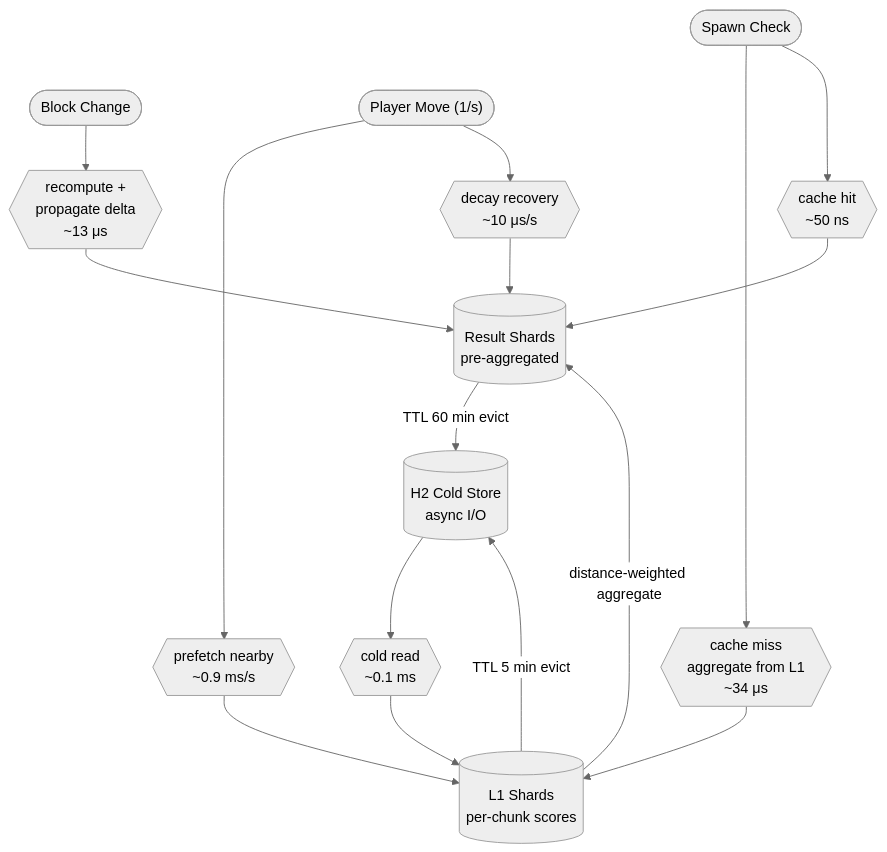
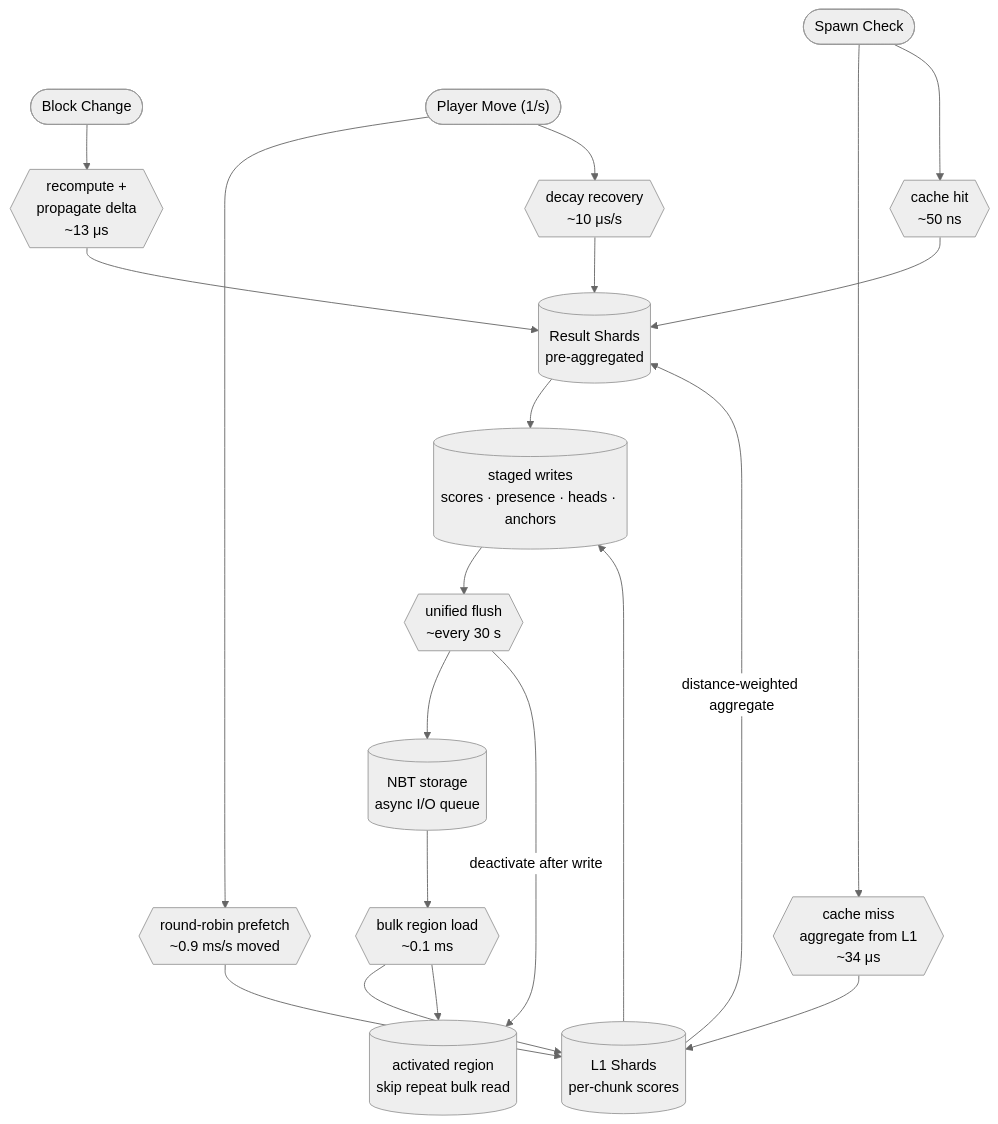
Before and after one commit to MaoxnZ/Civillis: the diagram in docs/technical/performance.md, drawn with Mermaid (neutral theme). The commit also changed other lines of this file and 22 other files, not shown here.

````diff
--- a/docs/technical/performance.md
+++ b/docs/technical/performance.md
@@ -23,32 +23,42 @@
 ```mermaid
 flowchart TD
     SpawnCheck(["Spawn Check"])
     BlockChange(["Block Change"])
 
     SpawnCheck ~~~ BlockChange
 
     Miss{{"cache miss<br/>aggregate from L1<br/>~34 μs"}}
     Hit{{"cache hit<br/>~50 ns"}}
     Delta{{"recompute +<br/>propagate delta<br/>~13 μs"}}
 
     L1[("L1 Shards<br/>per-chunk scores")]
     Result[("Result Shards<br/>pre-aggregated")]
 
     SpawnCheck --> Miss --> L1
     SpawnCheck --> Hit --> Result
     BlockChange --> Delta --> Result
 
     L1 -->|"distance-weighted aggregate"| Result
 
-    Prefetch{{"prefetch nearby<br/>~0.9 ms/s"}}
+    NbtStore[("NBT storage<br/>async I/O queue")]
+    Bulk{{"bulk region load<br/>~0.1 ms"}}
+    Activated[("activated region<br/>skip repeat bulk read")]
+
+    NbtStore --> Bulk --> L1
+    Bulk --> Activated
+
+    Staged[("staged writes<br/>scores · presence · heads · anchors")]
+    UnifiedFlush{{"unified flush<br/>~every 30 s"}}
+
+    L1 --> Staged
+    Result --> Staged
+    Staged --> UnifiedFlush --> NbtStore
+    UnifiedFlush -->|"deactivate after write"| Activated
+
+    Prefetch{{"round-robin prefetch<br/>~0.9 ms/s moved"}}
     Presence{{"decay recovery<br/>~10 μs/s"}}
-    ColdLoad{{"cold read<br/>~0.1 ms"}}
-    H2[("H2 Cold Store<br/>async I/O")]
     PlayerMove(["Player Move (1/s)"])
 
     PlayerMove --> Prefetch --> L1
     PlayerMove --> Presence --> Result
-    H2 --> ColdLoad --> L1
-    L1 -->|"TTL 5 min evict"| H2
-    Result -->|"TTL 60 min evict"| H2
 ```
````
